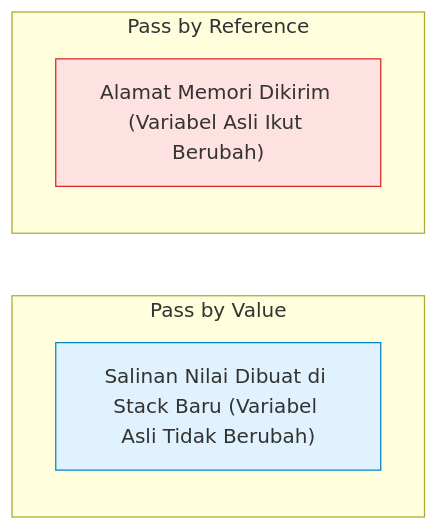
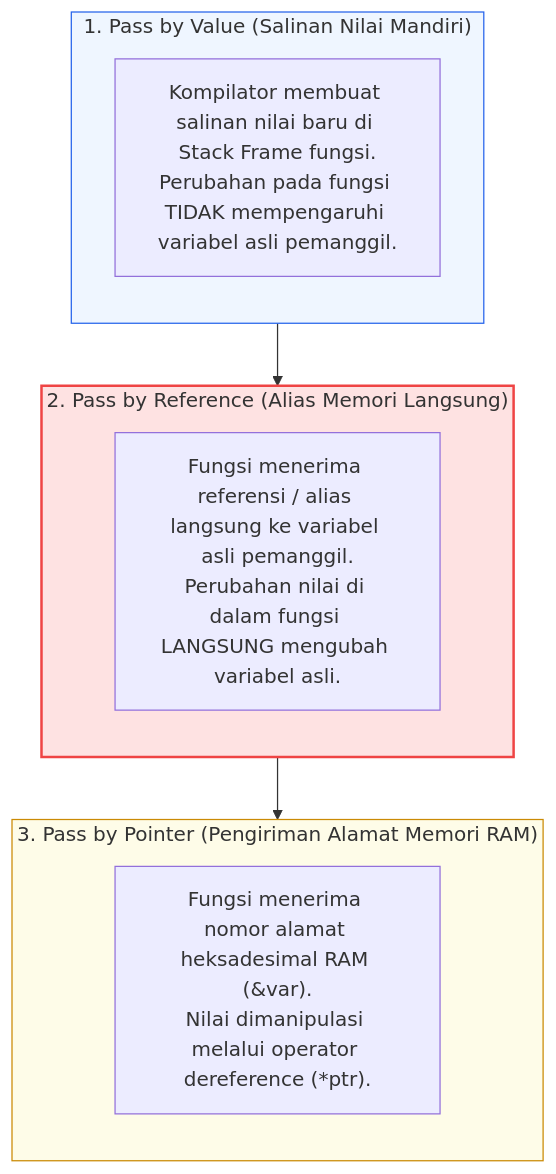
One commit to mahendaruui/Perkuliahan changed the second of 3 diagrams in docs/algoritma-pemrograman/fungsi-prosedur.md. Above: the diagram before and after it, drawn with Mermaid. The commit also changed other lines of this file and 12 other files, not shown here.

````diff
--- a/docs/algoritma-pemrograman/fungsi-prosedur.md
+++ b/docs/algoritma-pemrograman/fungsi-prosedur.md
@@ -42,11 +56,23 @@
 ```mermaid
-graph LR
-    subgraph Pass by Value
-        A["Salinan Nilai Dibuat di Stack Baru (Variabel Asli Tidak Berubah)"]
+flowchart TD
+    subgraph PassValue["1. Pass by Value (Salinan Nilai Mandiri)"]
+        direction TB
+        V1["Kompilator membuat salinan nilai baru di Stack Frame fungsi.<br>Perubahan pada fungsi TIDAK mempengaruhi variabel asli pemanggil."]
     end
-    subgraph Pass by Reference
-        B["Alamat Memori Dikirim (Variabel Asli Ikut Berubah)"]
+
+    subgraph PassRef["2. Pass by Reference (Alias Memori Langsung)"]
+        direction TB
+        R1["Fungsi menerima referensi / alias langsung ke variabel asli pemanggil.<br>Perubahan nilai di dalam fungsi LANGSUNG mengubah variabel asli."]
     end
-    style A fill:#e0f2fe,stroke:#0284c7
-    style B fill:#fee2e2,stroke:#dc2626
+
+    subgraph PassPtr["3. Pass by Pointer (Pengiriman Alamat Memori RAM)"]
+        direction TB
+        P1["Fungsi menerima nomor alamat heksadesimal RAM (&var).<br>Nilai dimanipulasi melalui operator dereference (*ptr)."]
+    end
+
+    PassValue --> PassRef --> PassPtr
+
+    style PassValue fill:#eff6ff,stroke:#2563eb,stroke-width:1px
+    style PassRef fill:#fee2e2,stroke:#ef4444,stroke-width:2px
+    style PassPtr fill:#fefce8,stroke:#ca8a04,stroke-width:1px
 ```
````
